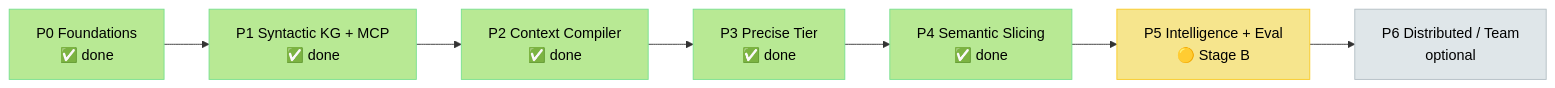
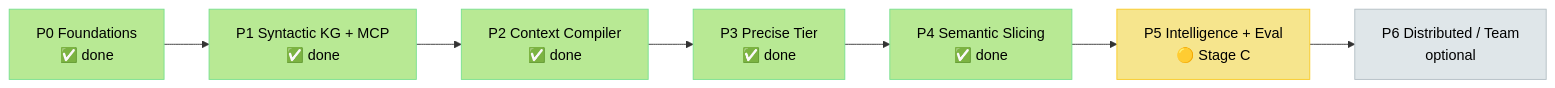
Before and after one commit to Md-Jazbee/prism: the first of 2 diagrams in docs/planning/TASKS-AND-PROGRESS.md, drawn with Mermaid. The commit also changed other lines of this file and 16 other files, not shown here.

````diff
--- a/docs/planning/TASKS-AND-PROGRESS.md
+++ b/docs/planning/TASKS-AND-PROGRESS.md
@@ -26,17 +26,17 @@
 ```mermaid
 flowchart LR
     P0[P0 Foundations<br/>✅ done] --> P1[P1 Syntactic KG + MCP<br/>✅ done]
     P1 --> P2[P2 Context Compiler<br/>✅ done]
     P2 --> P3[P3 Precise Tier<br/>✅ done]
     P3 --> P4[P4 Semantic Slicing<br/>✅ done]
-    P4 --> P5[P5 Intelligence + Eval<br/>🟡 Stage B]
+    P4 --> P5[P5 Intelligence + Eval<br/>🟡 Stage C]
     P5 --> P6[P6 Distributed / Team<br/>optional]
 
     style P0 fill:#b8e994,stroke:#78e08f,color:#000
     style P1 fill:#b8e994,stroke:#78e08f,color:#000
     style P2 fill:#b8e994,stroke:#78e08f,color:#000
     style P3 fill:#b8e994,stroke:#78e08f,color:#000
     style P4 fill:#b8e994,stroke:#78e08f,color:#000
     style P5 fill:#f6e58d,stroke:#f9ca24,color:#000
     style P6 fill:#dfe6e9,stroke:#b2bec3,color:#000
 ```
````
